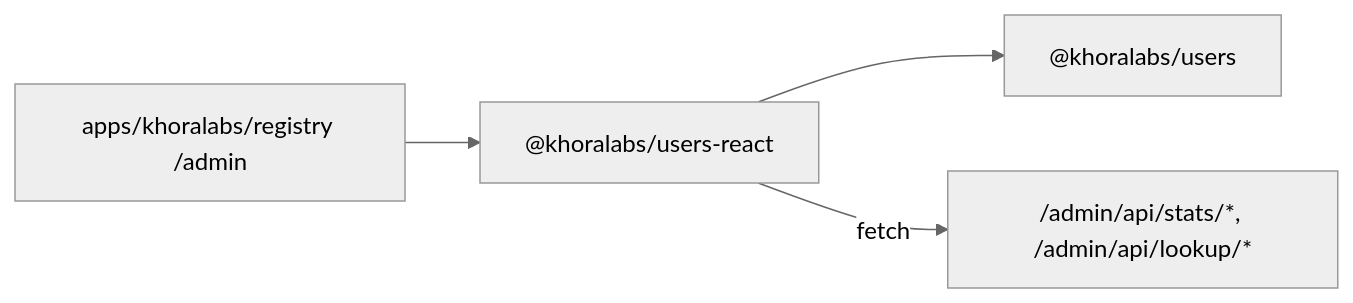
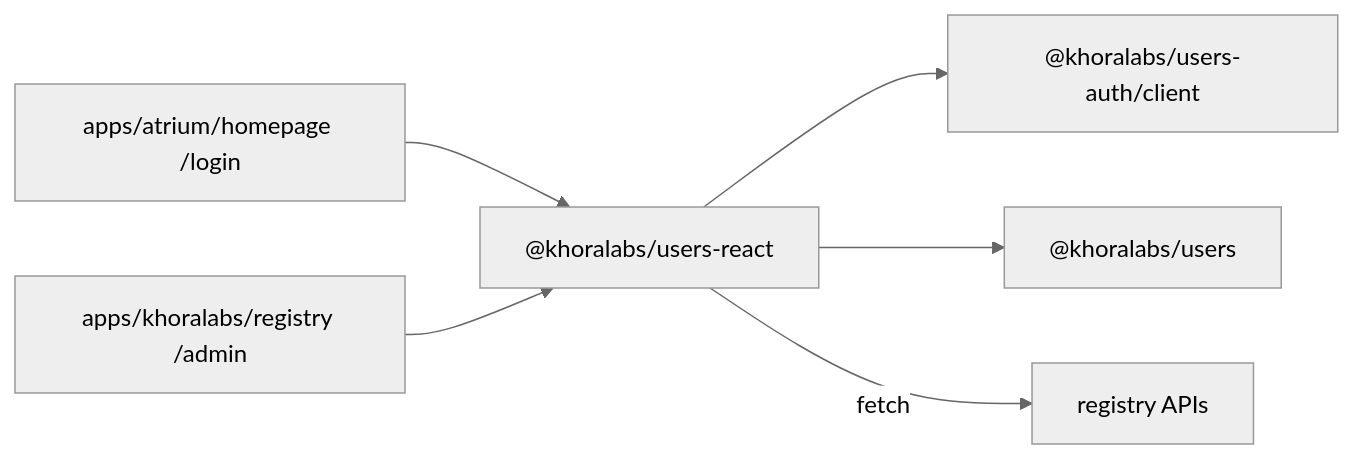
The diagram in packages/khoralabs/users-react/README.md (khoralabs/khora), drawn with Mermaid (neutral theme) before and after one commit. The commit also changed other lines of this file and 15 other files, not shown here.

Commit message:
extract email otp multistep flow

````diff
--- a/packages/khoralabs/users-react/README.md
+++ b/packages/khoralabs/users-react/README.md
@@ -9,6 +9,8 @@
 ```mermaid
 graph LR
-  registry["apps/khoralabs/registry /admin"] --> usersReact["@khoralabs/users-react"]
+  atrium["apps/atrium/homepage /login"] --> usersReact["@khoralabs/users-react"]
+  registry["apps/khoralabs/registry /admin"] --> usersReact
+  usersReact --> usersAuth["@khoralabs/users-auth/client"]
   usersReact --> users["@khoralabs/users"]
-  usersReact -->|"fetch"| api["/admin/api/stats/*, /admin/api/lookup/*"]
+  usersReact -->|"fetch"| api["registry APIs"]
 ```
````
